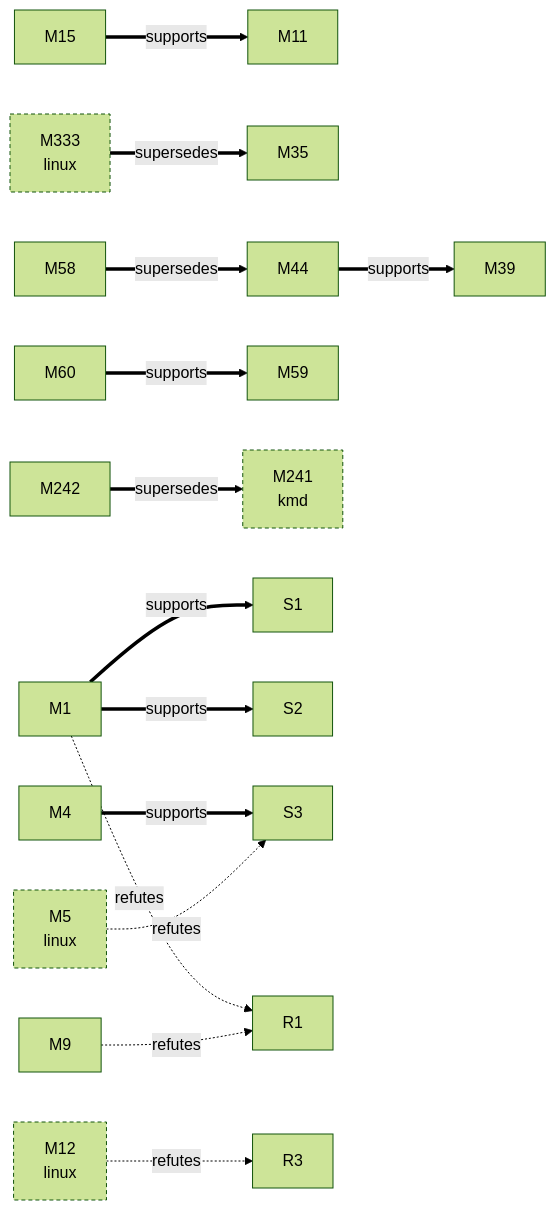
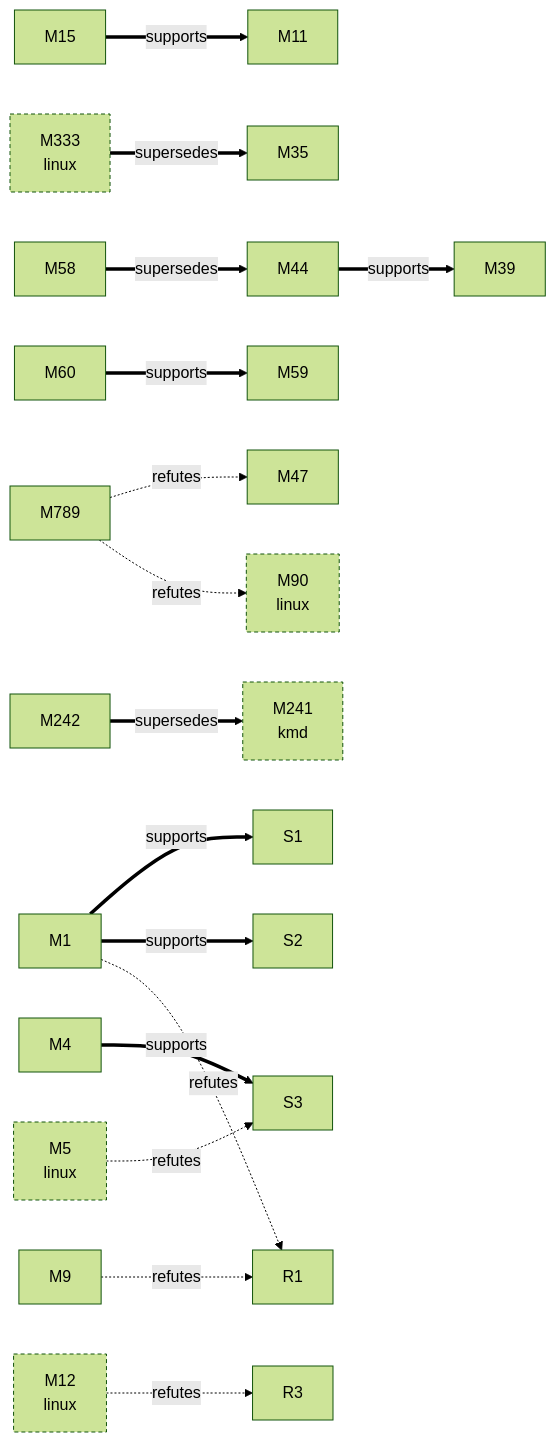
The first of 2 diagrams in docs/facts/graphs/hardware.md (D-Ogi/amdgpu-wddm), drawn with Mermaid (forest theme) before and after one commit. The commit also changed other lines of this file and 16 other files, not shown here.

````diff
--- a/docs/facts/graphs/hardware.md
+++ b/docs/facts/graphs/hardware.md
@@ -9,39 +9,44 @@
 ```mermaid
 flowchart LR
   M1["M1"]
   M4["M4"]
   M5["M5<br/>linux"]
   M9["M9"]
   M11["M11"]
   M12["M12<br/>linux"]
   M15["M15"]
   M35["M35"]
   M39["M39"]
   M44["M44"]
+  M47["M47"]
   M58["M58"]
   M59["M59"]
   M60["M60"]
+  M90["M90<br/>linux"]
   M241["M241<br/>kmd"]
   M242["M242"]
   M333["M333<br/>linux"]
+  M789["M789"]
   S1["S1"]
   S2["S2"]
   S3["S3"]
   R1["R1"]
   R3["R3"]
   M1 ==>|supports| S1
   M1 ==>|supports| S2
   M1 -.->|refutes| R1
   M4 ==>|supports| S3
   M9 -.->|refutes| R1
   M15 ==>|supports| M11
   M44 ==>|supports| M39
   M58 ==>|supersedes| M44
   M60 ==>|supports| M59
   M242 ==>|supersedes| M241
+  M789 -.->|refutes| M47
+  M789 -.->|refutes| M90
   M5 -.->|refutes| S3
   M12 -.->|refutes| R3
   M333 ==>|supersedes| M35
   classDef other stroke-dasharray:4 3
-  class M5,M12,M241,M333 other
+  class M5,M12,M90,M241,M333 other
 ```
````
